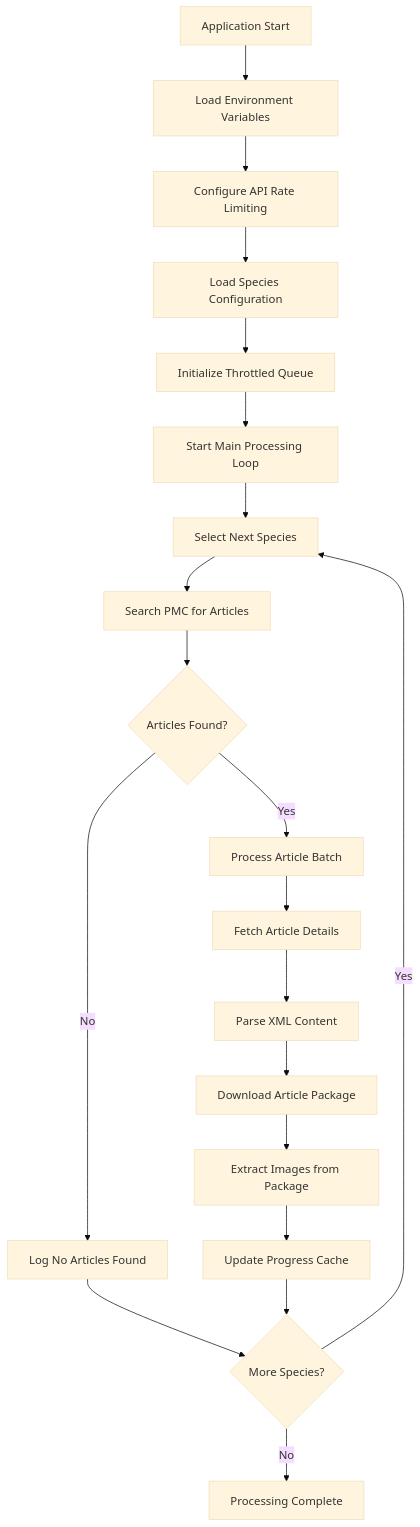
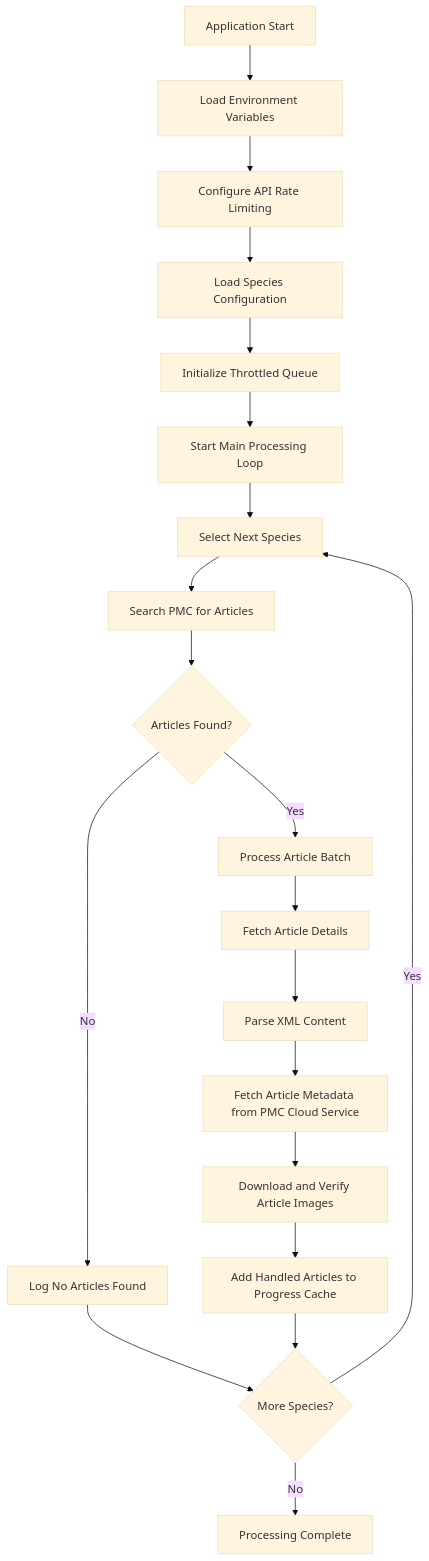
One commit to AlexJSully/Publication-Figure-Retrieval changed the first of 12 diagrams in docs/architecture/pipelines.md. Above: the diagram before and after it, drawn with Mermaid (base theme). The commit also changed other lines of this file and 28 other files, not shown here.

First line of the commit message:
Fix unable to retrieve figure publication images (#242)

````diff
--- a/docs/architecture/pipelines.md
+++ b/docs/architecture/pipelines.md
@@ -9,29 +9,29 @@
 ```mermaid
 graph TD
     accTitle: Main Processing Pipeline
-    accDescr: The application starts, loads environment variables, configures API rate limiting, loads the species configuration, and initializes the throttled queue. It then loops over species, searching PMC for articles. If no articles are found it logs that and moves on; otherwise it fetches article details, parses the XML, downloads the article package, extracts images, and updates the progress cache. The loop continues until no species remain.
+    accDescr: The application starts, loads environment variables, configures API rate limiting, loads the species configuration, and initializes the throttled queue. It then loops over species, searching PMC for articles. If no articles are found it logs that and moves on; otherwise it fetches article details, parses the XML, fetches each article's metadata from the PMC Cloud Service, downloads and verifies the article's images, and adds the handled articles to the progress cache. The loop continues until no species remain.
 
     A[Application Start] --> B[Load Environment Variables]
     B --> C[Configure API Rate Limiting]
     C --> D[Load Species Configuration]
     D --> E[Initialize Throttled Queue]
     E --> F[Start Main Processing Loop]
 
     F --> G[Select Next Species]
     G --> H[Search PMC for Articles]
     H --> I{Articles Found?}
 
     I -->|No| J[Log No Articles Found]
     I -->|Yes| K[Process Article Batch]
 
     J --> L{More Species?}
     K --> M[Fetch Article Details]
     M --> N[Parse XML Content]
-    N --> O[Download Article Package]
-    O --> P[Extract Images from Package]
-    P --> Q[Update Progress Cache]
+    N --> O[Fetch Article Metadata from PMC Cloud Service]
+    O --> P[Download and Verify Article Images]
+    P --> Q[Add Handled Articles to Progress Cache]
     Q --> L
 
     L -->|Yes| G
     L -->|No| R[Processing Complete]
 ```
````
